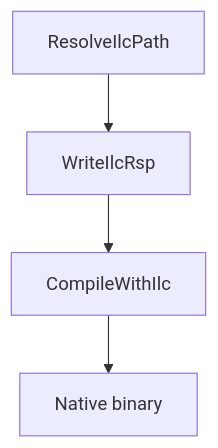
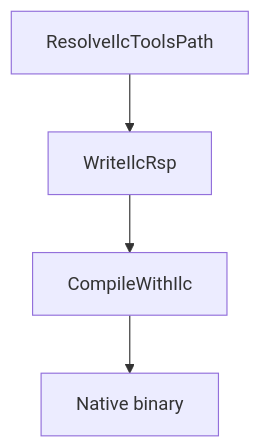
Before and after one commit to CosmosOS/Cosmos: the diagram in docs/articles/dev/build/ilc-build.md, drawn with Mermaid. The commit also changed other lines of this file and 8 other files, not shown here.

````diff
--- a/docs/articles/dev/build/ilc-build.md
+++ b/docs/articles/dev/build/ilc-build.md
@@ -9,6 +9,6 @@
 ```mermaid
 flowchart TD
-    A[ResolveIlcPath] --> B[WriteIlcRsp]
+    A[ResolveIlcToolsPath] --> B[WriteIlcRsp]
     B --> C[CompileWithIlc]
     C --> D[Native binary]
 ```
````
